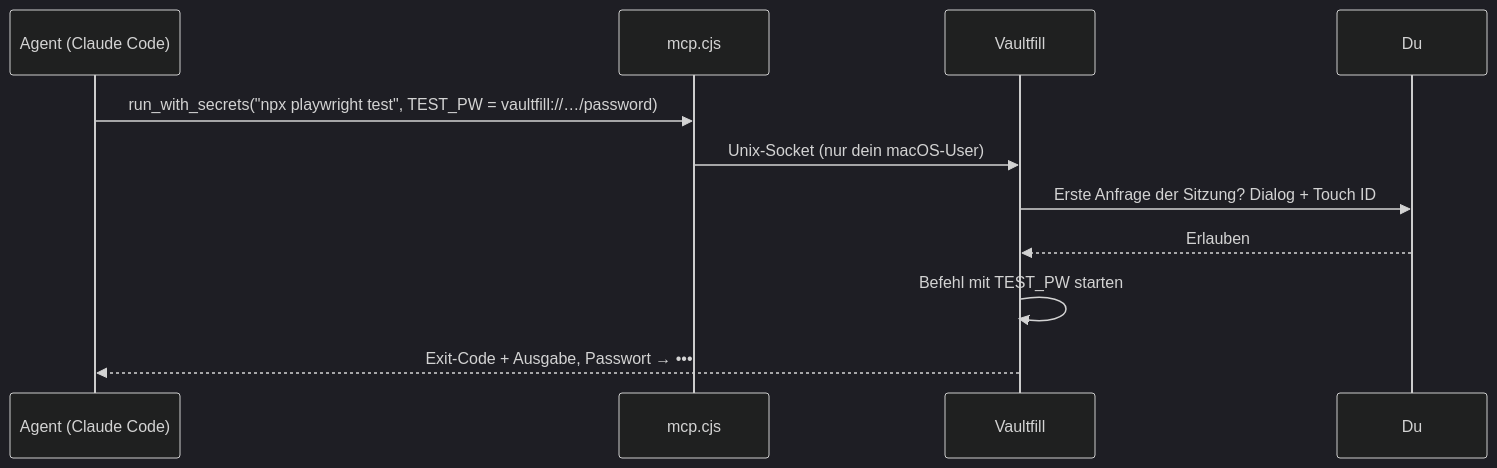
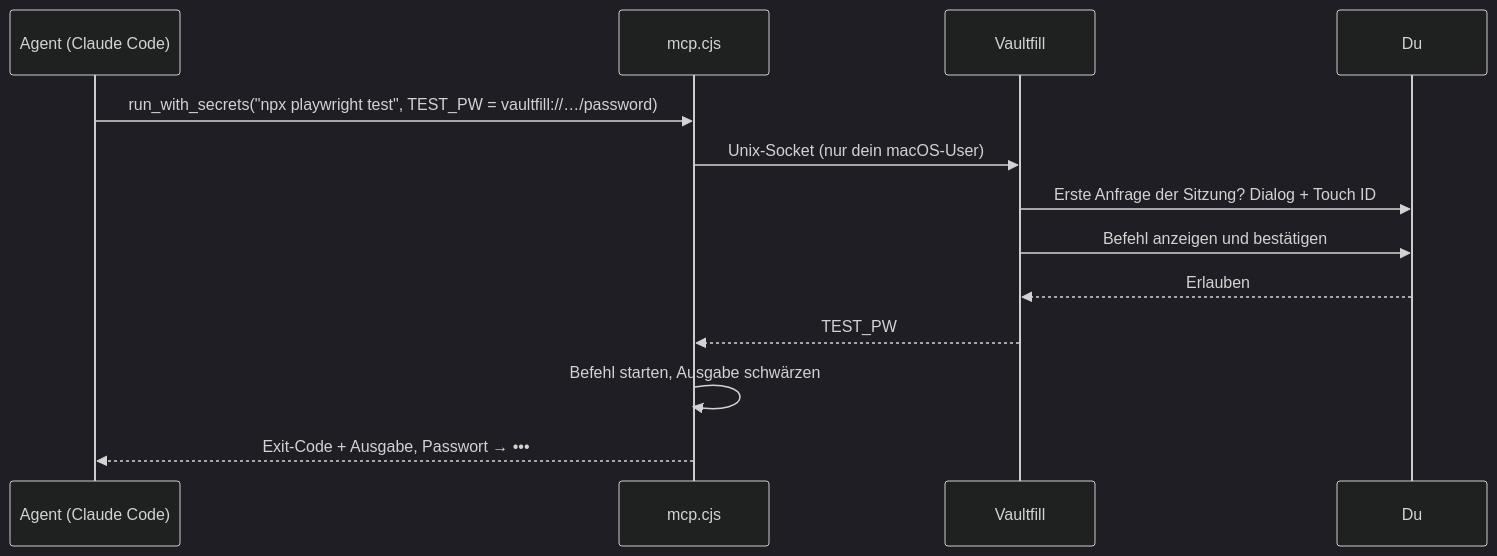
The diagram in README.md (deeaitsch84/vaultfill-desktop), drawn with Mermaid (dark theme) before and after one commit. The commit also changed other lines of this file, not shown here.

````diff
--- a/README.md
+++ b/README.md
@@ -79,13 +79,15 @@
 ```mermaid
 sequenceDiagram
   participant A as Agent (Claude Code)
   participant M as mcp.cjs
   participant V as Vaultfill
   participant U as Du
   A->>M: run_with_secrets("npx playwright test", TEST_PW = vaultfill://…/password)
   M->>V: Unix-Socket (nur dein macOS-User)
   V->>U: Erste Anfrage der Sitzung? Dialog + Touch ID
+  V->>U: Befehl anzeigen und bestätigen
   U-->>V: Erlauben
-  V->>V: Befehl mit TEST_PW starten
-  V-->>A: Exit-Code + Ausgabe, Passwort → •••
+  V-->>M: TEST_PW
+  M->>M: Befehl starten, Ausgabe schwärzen
+  M-->>A: Exit-Code + Ausgabe, Passwort → •••
 ```
````
